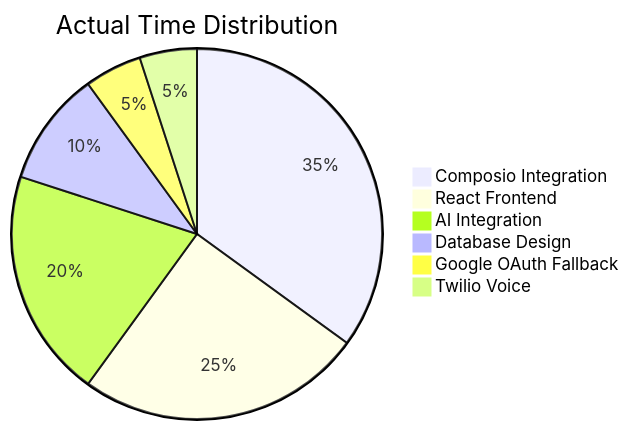
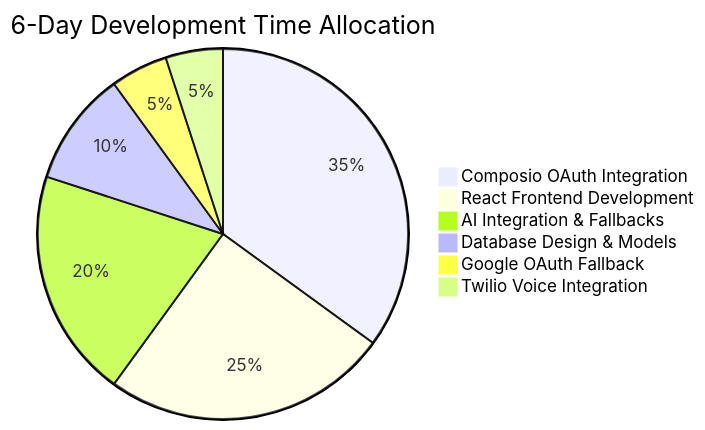
Before and after one commit to abhiabhi150614/learning-recruiter-platform: the seventh of 11 diagrams in FRICTION_LOG.md, drawn with Mermaid. The commit also changed other lines of this file, not shown here.

````diff
--- a/FRICTION_LOG.md
+++ b/FRICTION_LOG.md
@@ -350,9 +368,9 @@
 ```mermaid
-pie title Actual Time Distribution
-    "Composio Integration" : 35
-    "React Frontend" : 25
-    "AI Integration" : 20
-    "Database Design" : 10
+pie title 6-Day Development Time Allocation
+    "Composio OAuth Integration" : 35
+    "React Frontend Development" : 25
+    "AI Integration & Fallbacks" : 20
+    "Database Design & Models" : 10
     "Google OAuth Fallback" : 5
-    "Twilio Voice" : 5
+    "Twilio Voice Integration" : 5
 ```
````
